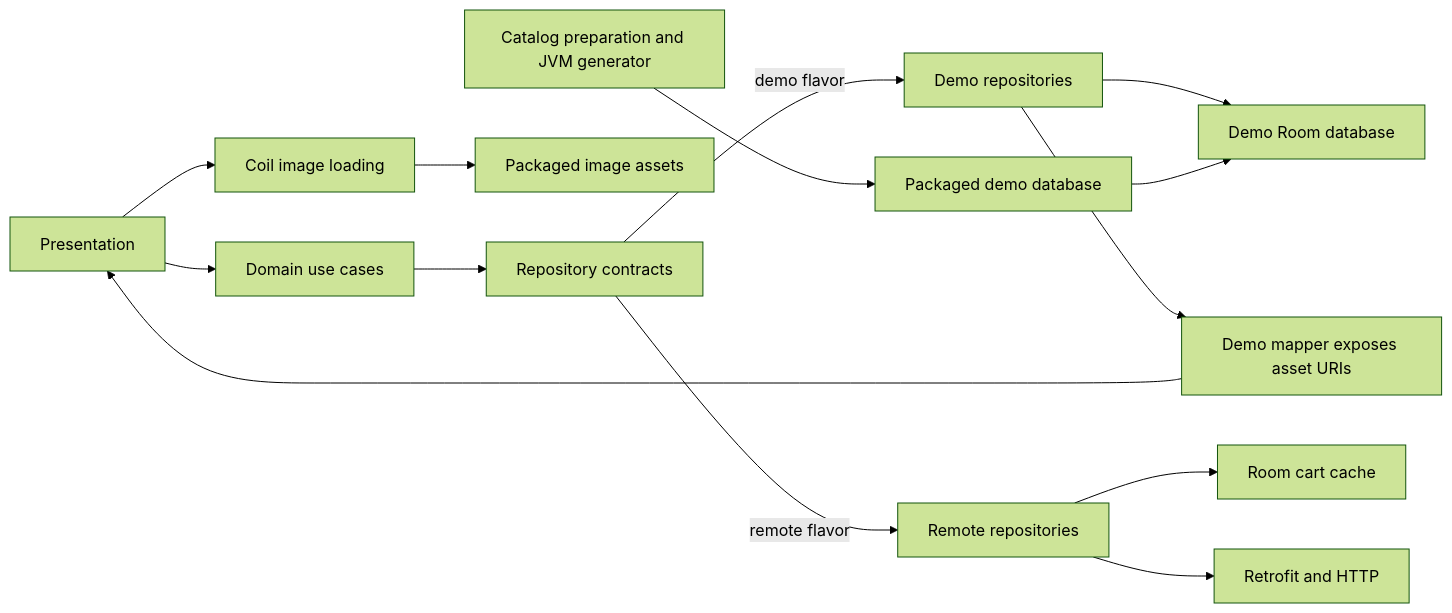
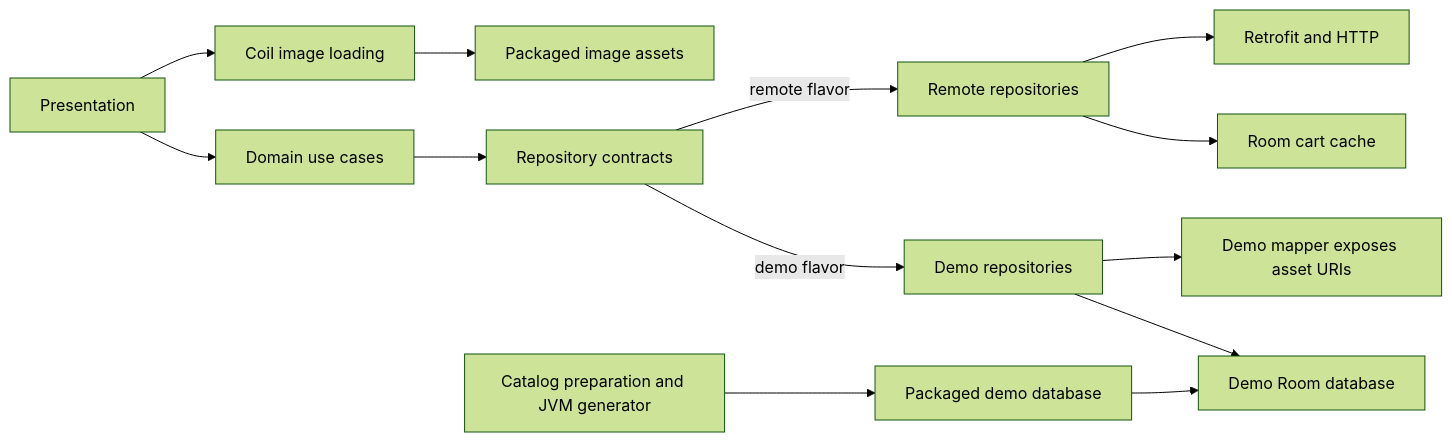
Before and after one commit to JuanCarlosLF/modu-clothes-shop-android: the diagram in Project/docs/architecture.md, drawn with Mermaid (forest theme).

Commit message:
[MDU-42]: Clarify architecture diagram

````diff
--- a/Project/docs/architecture.md
+++ b/Project/docs/architecture.md
@@ -9,16 +9,15 @@
 ```mermaid
 flowchart LR
     UI[Presentation] --> UC[Domain use cases]
     UC --> RC[Repository contracts]
     RC -->|demo flavor| DR[Demo repositories]
     RC -->|remote flavor| RR[Remote repositories]
     DR --> DB[Demo Room database]
     DR --> DM[Demo mapper exposes asset URIs]
-    DM --> UI
     UI --> CO[Coil image loading]
     CO --> IA[Packaged image assets]
     RR --> LC[Room cart cache]
     RR --> RT[Retrofit and HTTP]
     GT[Catalog preparation and JVM generator] --> PD[Packaged demo database]
     PD --> DB
 ```
````
